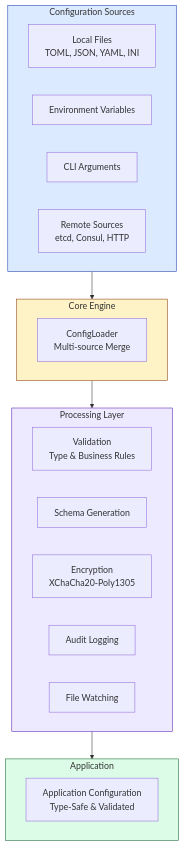
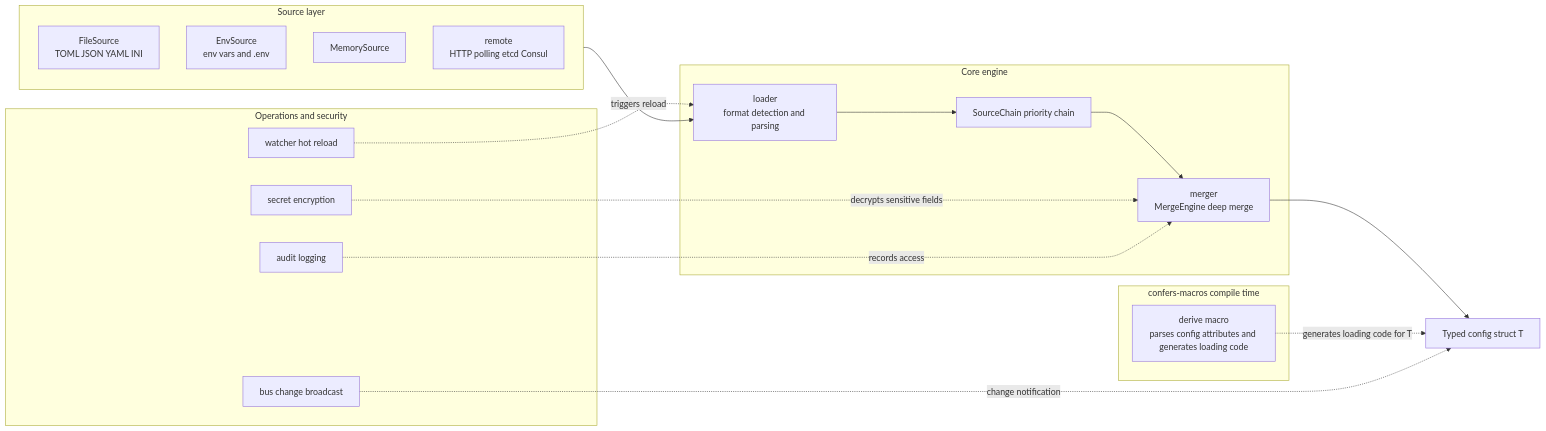
The first of 2 diagrams in README_EN.md (Kirky-X/confers), drawn with Mermaid before and after one commit. The commit also changed other lines of this file and 1 other file, not shown here.

Commit message:
docs(confers): 重写中英双语 README — Apache 级门面重构：mermaid 架构图与热重载-渐进发布时序图、39 个特性全表、CLI 子命令按源码核实、基准与测试规模标注口径；修正失真内容（figment/validator 致谢改真实依赖、Nonce 重用检测改为可证描述、install 补 --features cli、K8s 源已交付移入已完成）

````diff
--- a/README_EN.md
+++ b/README_EN.md
@@ -629,34 +312,38 @@
 ```mermaid
-graph TB
-    subgraph Sources ["Configuration Sources"]
-        A["Local Files<br/>TOML, JSON, YAML, INI"]
-        B["Environment Variables"]
-        C["CLI Arguments"]
-        D["Remote Sources<br/>etcd, Consul, HTTP"]
+flowchart LR
+    subgraph MACROS["confers-macros compile time"]
+        DM["derive macro<br/>parses config attributes and generates loading code"]
     end
 
-    subgraph Core ["Core Engine"]
-        E["ConfigLoader<br/>Multi-source Merge"]
+    subgraph SOURCES["Source layer"]
+        FS["FileSource<br/>TOML JSON YAML INI"]
+        ES["EnvSource<br/>env vars and .env"]
+        MS["MemorySource"]
+        RS["remote<br/>HTTP polling etcd Consul"]
     end
 
-    subgraph Processing ["Processing Layer"]
-        F["Validation<br/>Type & Business Rules"]
-        G["Schema Generation"]
-        H["Encryption<br/>XChaCha20-Poly1305"]
-        I["Audit Logging"]
-        J["File Watching"]
+    subgraph CORE["Core engine"]
+        LD["loader<br/>format detection and parsing"]
+        SC["SourceChain priority chain"]
+        MG["merger<br/>MergeEngine deep merge"]
     end
 
-    subgraph Output ["Application"]
-        L["Application Configuration<br/>Type-Safe & Validated"]
+    subgraph OPS["Operations and security"]
+        WT["watcher hot reload"]
+        BUS["bus change broadcast"]
+        AU["audit logging"]
+        SE["secret encryption"]
     end
 
-    Sources --> Core
-    Core --> Processing
-    Processing --> Output
+    APP["Typed config struct T"]
 
-    style Sources fill:#DBEAFE,stroke:#1E40AF
-    style Core fill:#FEF3C7,stroke:#92400E
-    style Processing fill:#EDE9FE,stroke:#5B21B6
-    style Output fill:#DCFCE7,stroke:#166534
+    SOURCES --> LD
+    LD --> SC
+    SC --> MG
+    MG --> APP
+    DM -.generates loading code for T.-> APP
+    WT -.triggers reload.-> LD
+    BUS -.change notification.-> APP
+    SE -.decrypts sensitive fields.-> MG
+    AU -.records access.-> MG
 ```
````
